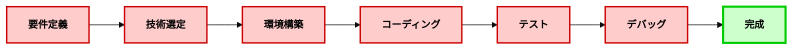
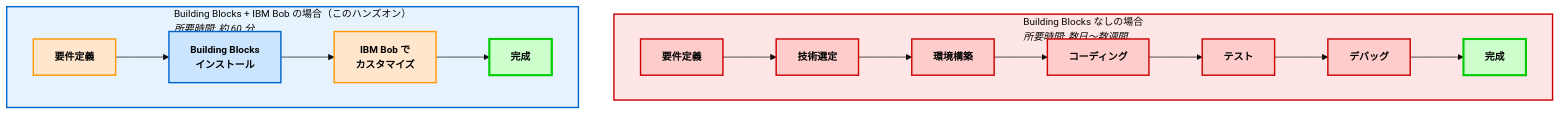
The diagram in docs/index.md (mukoubuchi/vector-search-hands-on), drawn with Mermaid before and after one commit. The commit also changed other lines of this file, not shown here.

Commit message:
docs: Mermaid図にsubgraphでタイトル付き枠を追加
- draw.ioと同様に、2つのsubgraphで枠とタイトルを表示
- 各subgraphに背景色と枠線を設定
- 所要時間をタイトルに含める

````diff
--- a/docs/index.md
+++ b/docs/index.md
@@ -16,16 +14,34 @@
 ```mermaid
 %%{init: {'theme':'base', 'themeVariables': { 'fontSize':'14px'}}}%%
-graph LR
-    t1["<b>要件定義</b>"]:::tradBox
-    t2["<b>技術選定</b>"]:::tradBox
-    t3["<b>環境構築</b>"]:::tradBox
-    t4["<b>コーディング</b>"]:::tradBox
-    t5["<b>テスト</b>"]:::tradBox
-    t6["<b>デバッグ</b>"]:::tradBox
-    t7["<b>完成</b>"]:::completeBox
+graph TB
+    subgraph trad["Building Blocks なしの場合<br/><i>所要時間: 数日〜数週間</i>"]
+        direction LR
+        t1["<b>要件定義</b>"]:::tradBox
+        t2["<b>技術選定</b>"]:::tradBox
+        t3["<b>環境構築</b>"]:::tradBox
+        t4["<b>コーディング</b>"]:::tradBox
+        t5["<b>テスト</b>"]:::tradBox
+        t6["<b>デバッグ</b>"]:::tradBox
+        t7["<b>完成</b>"]:::completeBox
+        
+        t1 --> t2 --> t3 --> t4 --> t5 --> t6 --> t7
+    end
     
-    t1 --> t2 --> t3 --> t4 --> t5 --> t6 --> t7
+    subgraph modern["Building Blocks + IBM Bob の場合（このハンズオン）<br/><i>所要時間: 約 60 分</i>"]
+        direction LR
+        m1["<b>要件定義</b>"]:::bobBox
+        m2["<b>Building Blocks<br/>インストール</b>"]:::bbBox
+        m3["<b>IBM Bob で<br/>カスタマイズ</b>"]:::bobBox
+        m4["<b>完成</b>"]:::completeBox
+        
+        m1 --> m2 --> m3 --> m4
+    end
     
     classDef tradBox fill:#ffcccc,stroke:#cc0000,stroke-width:2px,color:#000
+    classDef bbBox fill:#cce5ff,stroke:#0066cc,stroke-width:2px,color:#000
+    classDef bobBox fill:#ffe6cc,stroke:#ff9900,stroke-width:2px,color:#000
     classDef completeBox fill:#ccffcc,stroke:#00cc00,stroke-width:3px,color:#000,font-weight:bold
+    
+    style trad fill:#ffe6e6,stroke:#cc0000,stroke-width:2px
+    style modern fill:#e6f3ff,stroke:#0066cc,stroke-width:2px
 ```
````
